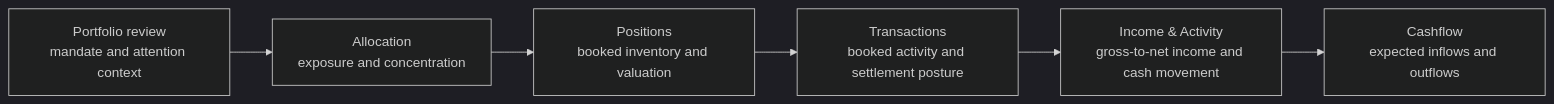
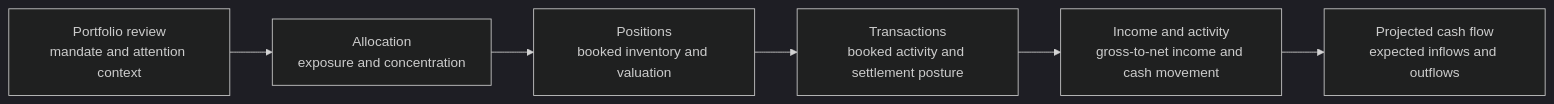
The diagram in wiki/Portfolio-Review-Workflow.md (sgajbi/advisor-workbench), drawn with Mermaid (dark theme) before and after one commit. The commit also changed other lines of this file and 4 other files, not shown here.

````diff
--- a/wiki/Portfolio-Review-Workflow.md
+++ b/wiki/Portfolio-Review-Workflow.md
@@ -10,15 +10,15 @@
 ```mermaid
 flowchart LR
   Review[Portfolio review<br/>mandate and attention context]
   Allocation[Allocation<br/>exposure and concentration]
   Positions[Positions<br/>booked inventory and valuation]
   Transactions[Transactions<br/>booked activity and settlement posture]
-  Income[Income & Activity<br/>gross-to-net income and cash movement]
-  Cashflow[Cashflow<br/>expected inflows and outflows]
+  Income[Income and activity<br/>gross-to-net income and cash movement]
+  Cashflow[Projected cash flow<br/>expected inflows and outflows]
 
   Review --> Allocation
   Allocation --> Positions
   Positions --> Transactions
   Transactions --> Income
   Income --> Cashflow
 ```
````
